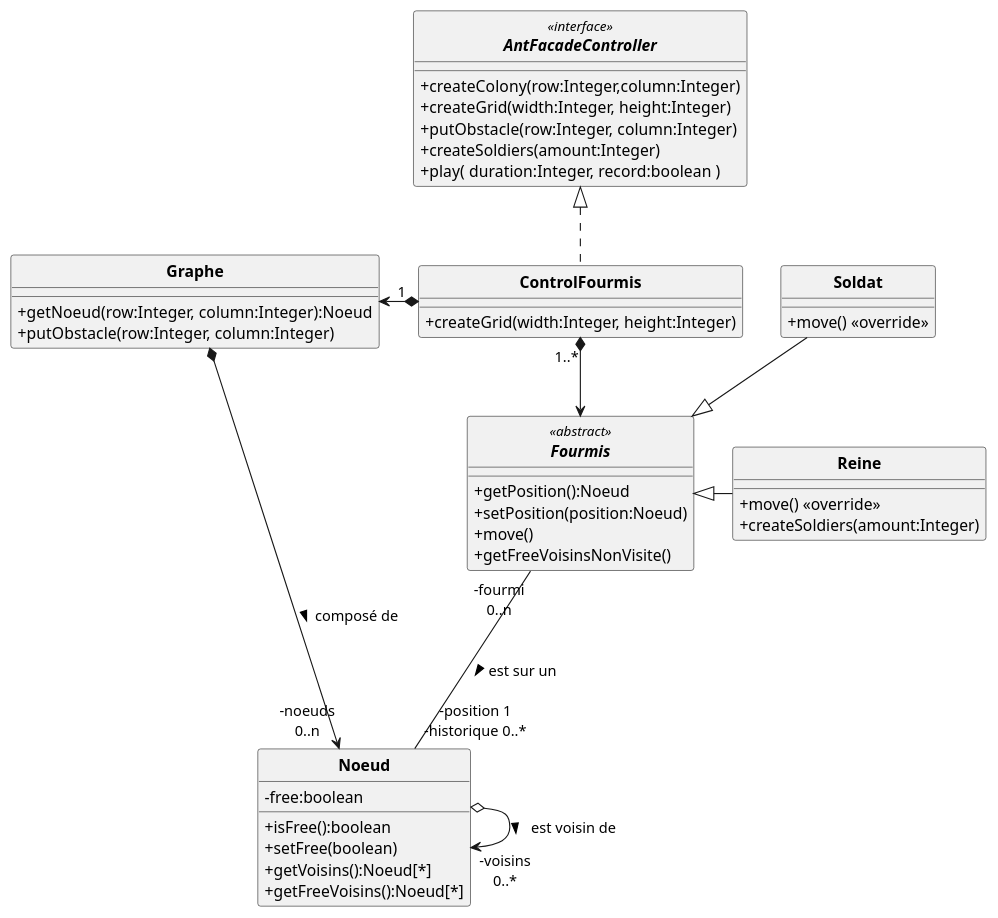
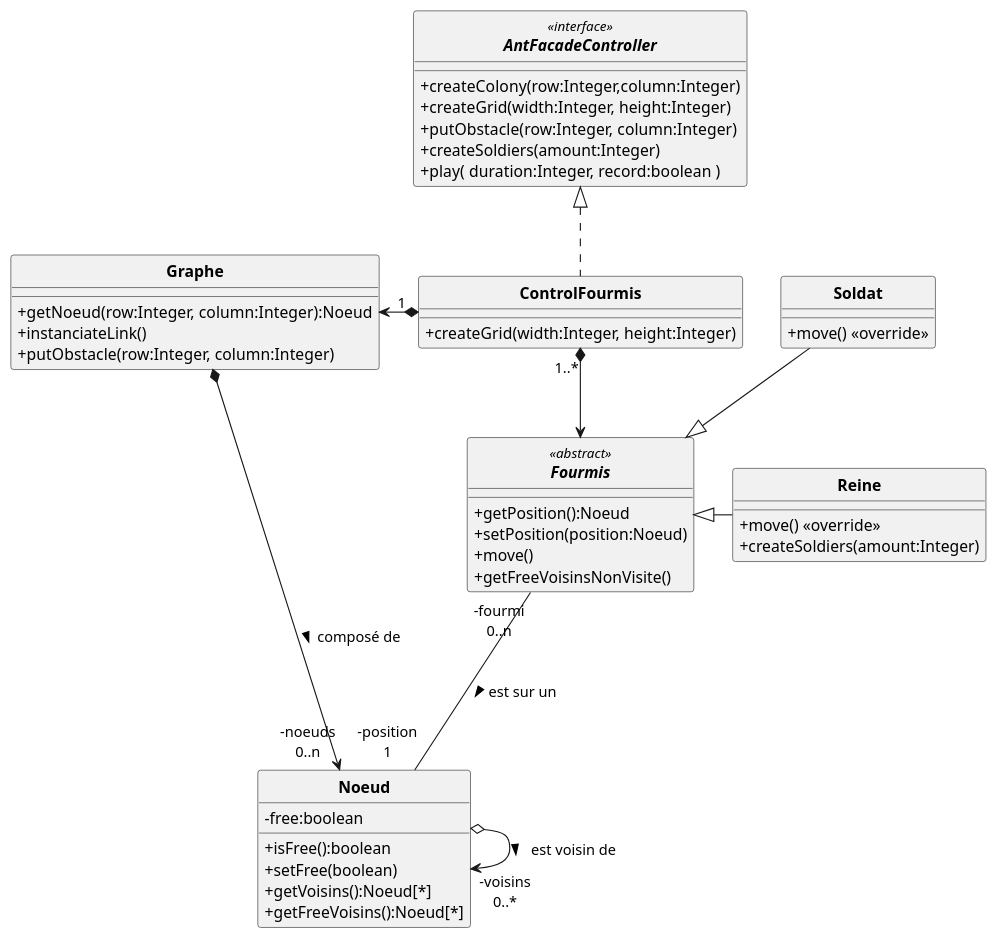
One commit to ErenMustafaGit/ColonieFourmis changed the diagram in src/main/uml/Fourmis_DC.puml. Above: the diagram before and after it, drawn with PlantUML. The commit also changed 1 other file, not shown here.

Commit message:
Fourmis_DC.puml: Ajout de la méthode instanciateLink et mis en commentaire pour la V2 l'historique d'une fourmi Graphe.java: Ajout du code de la méthode instanciateLink

```diff
--- a/src/main/uml/Fourmis_DC.puml
+++ b/src/main/uml/Fourmis_DC.puml
@@ -1,71 +1,73 @@
 @startuml
 'https://plantuml.com/sequence-diagram
 allow_mixing
 skinparam style strictuml
 skinparam classAttributeIconSize 0
 skinparam circledCharacterRadius 0
 skinparam circledCharacterFontSize 0
 skinparam classFontStyle Bold
 'autonumber
 
 'Controleur
 interface AntFacadeController <<interface>> {
     '+setParameters( evaporationParam:Integer, foodParam:Integer, pheromoneParam:Integer )
     +createColony(row:Integer,column:Integer)
     +createGrid(width:Integer, height:Integer)
     +putObstacle(row:Integer, column:Integer)
     '+putFood( row:Integer, column:Integer, quantity:Integer);
     '+createWorkers( amount:Integer )
     +createSoldiers(amount:Integer)
     '+setAntFile(antLogFile:String);
     +play( duration:Integer, record:boolean )
 }
 
 class Noeud {
     -free:boolean
     +isFree():boolean
     +setFree(boolean)
     +getVoisins():Noeud[*]
     +getFreeVoisins():Noeud[*]
 }
 
 abstract Fourmis <<abstract>> {
     +getPosition():Noeud
     +setPosition(position:Noeud)
     +move()
     +getFreeVoisinsNonVisite()
 }
 class Reine{
     +move() <<override>>
     +createSoldiers(amount:Integer)
 
 }
 class Soldat{
     +move() <<override>>
 }
 
 
 'class Graphe implements projet.v2.AntFacadeController{
 class ControlFourmis implements AntFacadeController{
     +createGrid(width:Integer, height:Integer)
 }
 
 
 class Graphe{
  +getNoeud(row:Integer, column:Integer):Noeud
+ +instanciateLink()
  +putObstacle(row:Integer, column:Integer)
 }
 
 
 Soldat --|> Fourmis
 Reine -l-|> Fourmis
 
 ControlFourmis "1 " *-l-> Graphe
 ControlFourmis "1..*" *--> Fourmis
 
 Graphe *-r-> "-noeuds\n0..n" Noeud : composé de >
 'historique = liste de noeud déjà passé par la fourmi
-Fourmis "-fourmi\n0..n" --- "-position 1\n-historique 0..*" Noeud  : est sur un >
+'"-position 1\n-historique 0..*"
+Fourmis "-fourmi\n0..n" --- "-position\n1" Noeud  : est sur un >
 Noeud o-> "-voisins\n0..*"  Noeud  : est voisin de >
 
 @enduml
```
